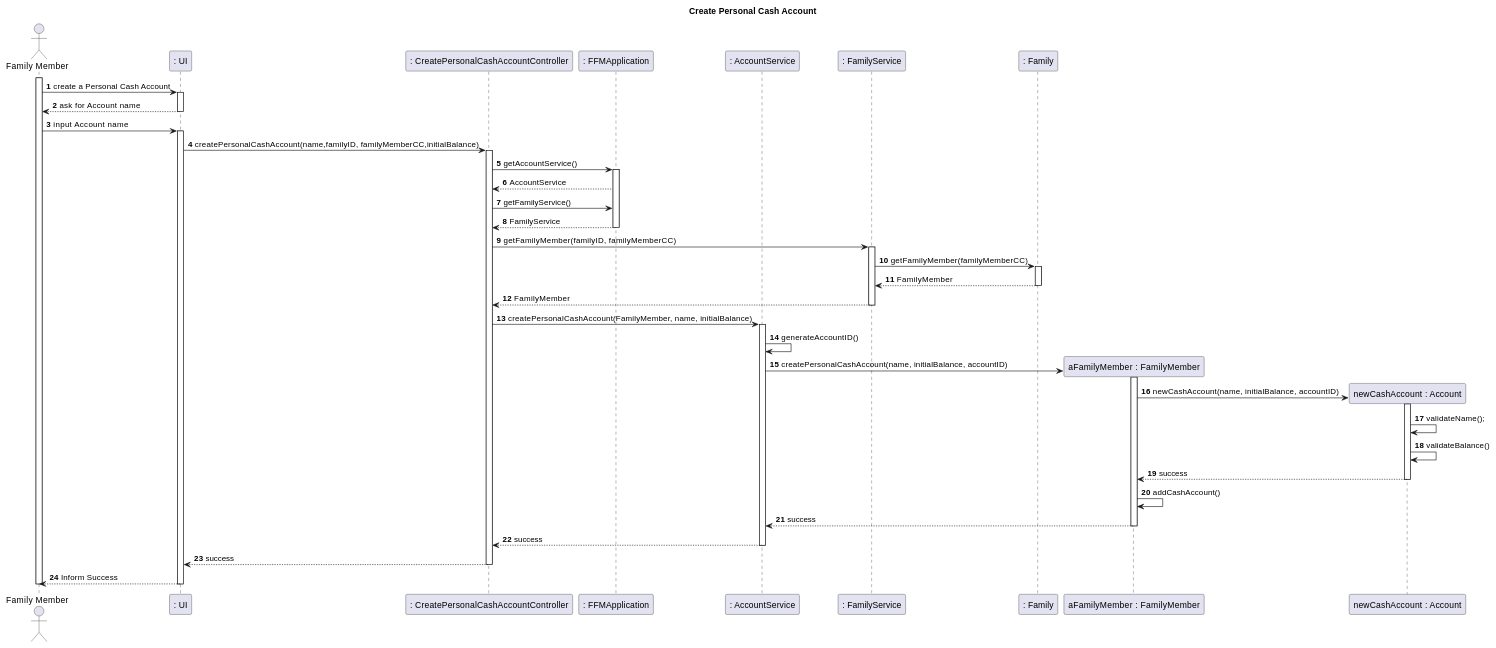
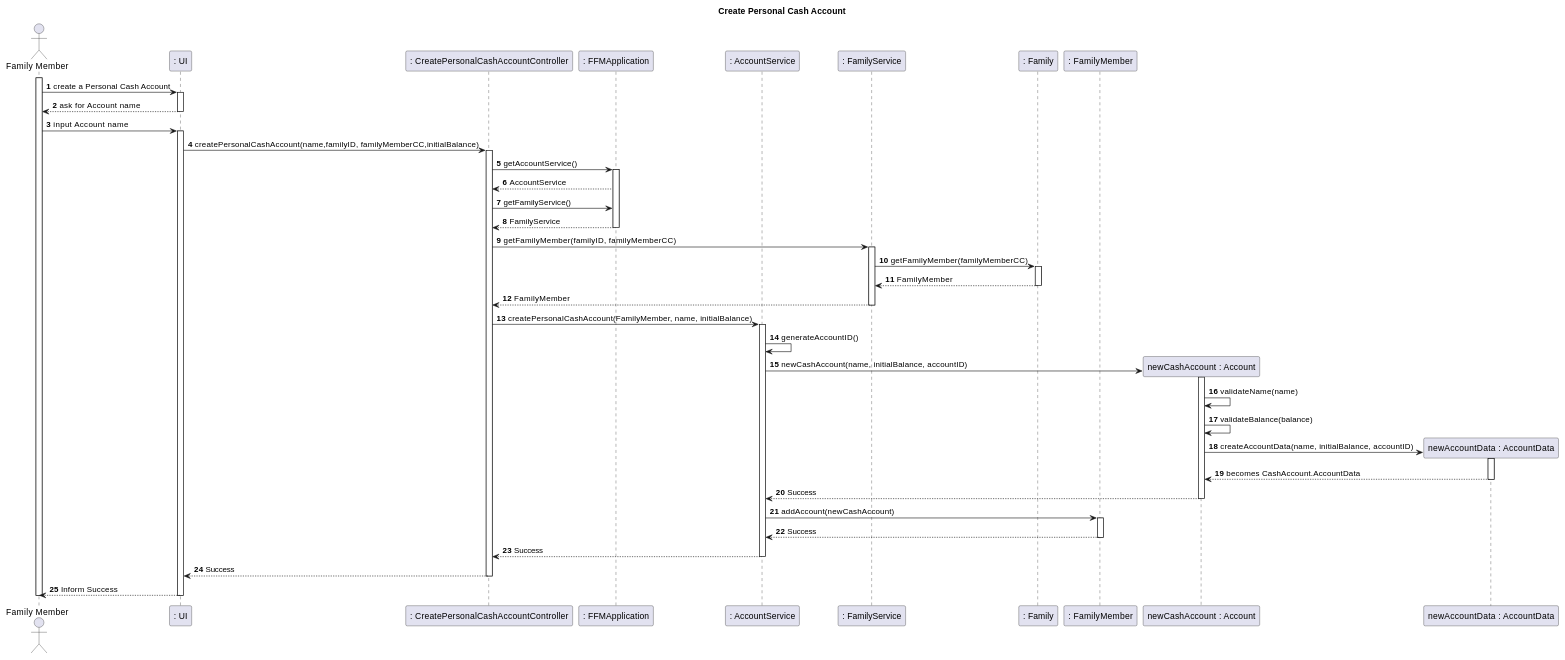
The second of 3 diagrams in docs/sprint2/user_stories/US170_CreatePersonalCashAccount.md (tomas-osswald/switch_2020_g3), drawn with PlantUML before and after one commit.

Commit message:
corrected Sequence Diagram yet again

`````diff
--- a/docs/sprint2/user_stories/US170_CreatePersonalCashAccount.md
+++ b/docs/sprint2/user_stories/US170_CreatePersonalCashAccount.md
@@ -62,62 +62,66 @@
 ```` puml
 
    autonumber
    title Create Personal Cash Account
    actor "Family Member" as member
    participant ": UI" as UI
    participant ": CreatePersonalCashAccountController" as controller
    participant ": FFMApplication" as application
    participant ": AccountService" as accServ
    participant ": FamilyService" as famServ
    participant ": Family" as fam
-   participant "aFamilyMember : FamilyMember" as fammemb
+   participant ": FamilyMember" as fammemb
    participant "newCashAccount : Account" as cashacc
+   participant "newAccountData : AccountData" as data
     
    
    activate member
    member -> UI: create a Personal Cash Account
    activate UI
    UI --> member: ask for Account name
    deactivate UI
    member -> UI: input Account name
    activate UI
    UI -> controller: createPersonalCashAccount(name,familyID, familyMemberCC,initialBalance)
    activate controller
    controller -> application: getAccountService()
    activate application
    application --> controller: AccountService
    controller -> application: getFamilyService()
    application --> controller: FamilyService
    deactivate application
    controller -> famServ:getFamilyMember(familyID, familyMemberCC)
    activate famServ
    famServ-> fam: getFamilyMember(familyMemberCC)
    activate fam
    fam --> famServ: FamilyMember
    deactivate fam
    famServ --> controller: FamilyMember
    deactivate famServ 
    controller -> accServ: createPersonalCashAccount(FamilyMember, name, initialBalance)
    activate accServ
    accServ -> accServ: generateAccountID()
-   accServ -> fammemb**: createPersonalCashAccount(name, initialBalance, accountID)
+   accServ -> cashacc**: newCashAccount(name, initialBalance, accountID)
+   activate cashacc
+   cashacc -> cashacc: validateName(name)
+   cashacc->cashacc: validateBalance(balance)
+   cashacc->data**: createAccountData(name, initialBalance, accountID)
+   activate data
+   data-->cashacc: becomes CashAccount.AccountData
+   deactivate data
+   cashacc-->accServ: Success
+   deactivate cashacc
+   accServ->fammemb: addAccount(newCashAccount)
    activate fammemb
-   fammemb-> cashacc**: newCashAccount(name, initialBalance, accountID)
-   activate cashacc
-   cashacc -> cashacc: validateName();
-   cashacc->cashacc: validateBalance()
-   cashacc--> fammemb: success
-   deactivate cashacc
-   fammemb -> fammemb: addCashAccount()
-   fammemb --> accServ: success
+   fammemb-->accServ: Success
    deactivate fammemb
-   accServ --> controller: success
+   accServ-->controller: Success
    deactivate accServ
-   controller --> UI: success
+   controller --> UI: Success
    deactivate controller
    UI --> member: Inform Success
    deactivate UI
    deactivate member
 
 @endpuml
 ````
`````
